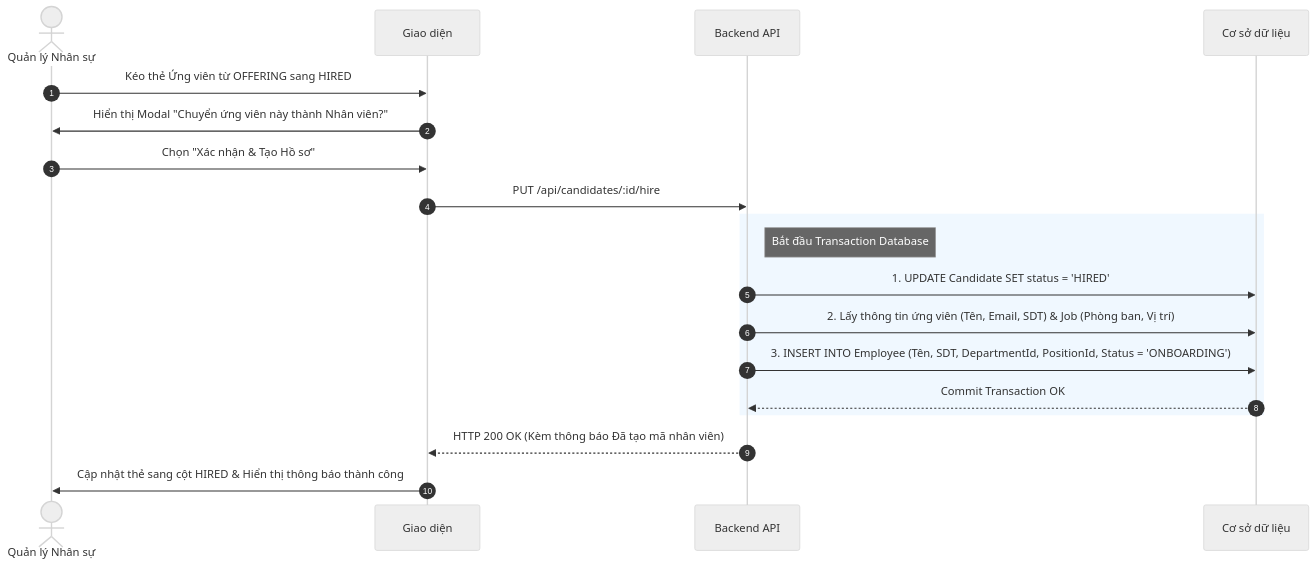
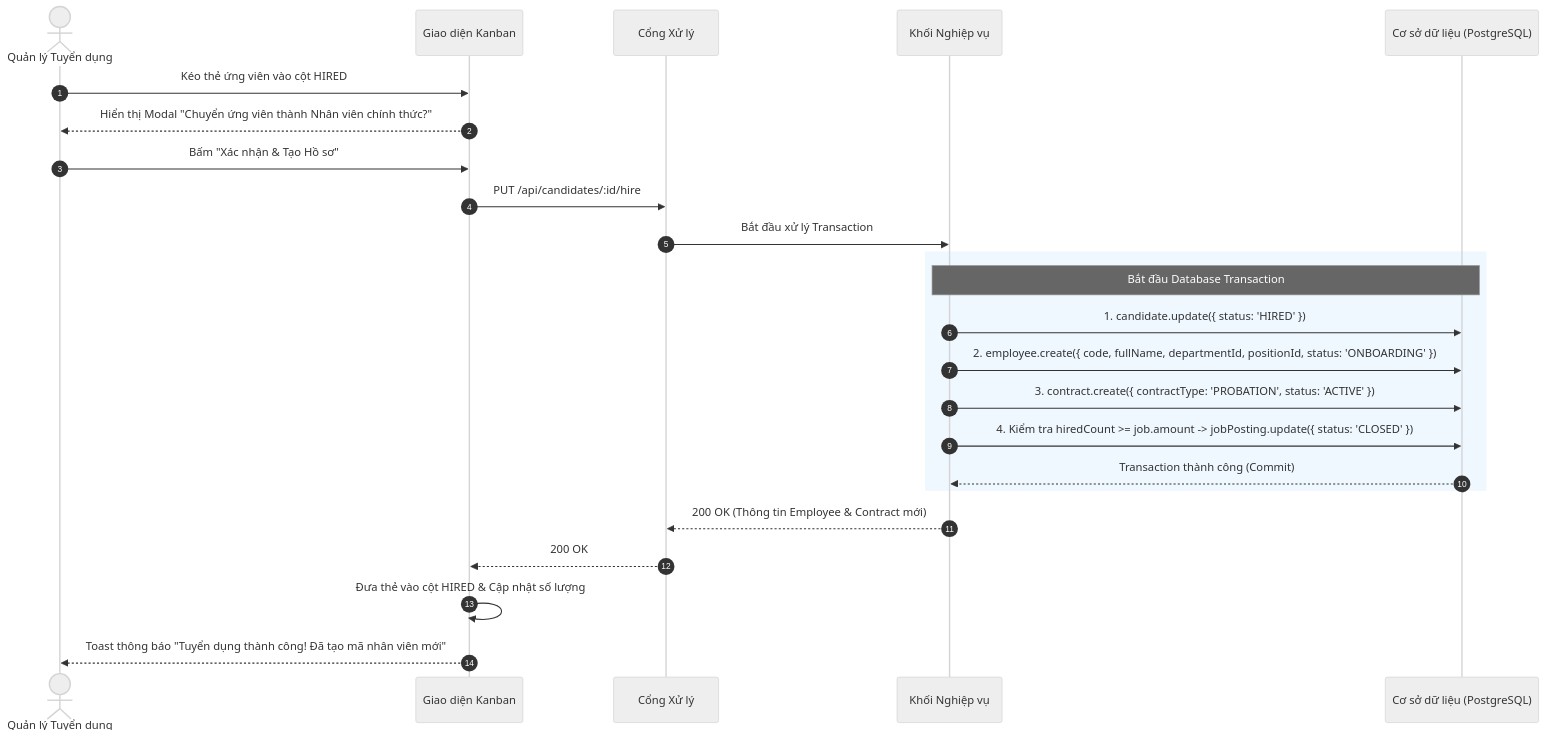
One commit to aye2710/HRM-DATN changed the seventh of 7 diagrams in docs/Tài liệu phân tích nghiệp vụ từng module/Module Tuyển dụng/Chuc-nang-Quan-ly-ATS.md. Above: the diagram before and after it, drawn with Mermaid (neutral theme). The commit also changed other lines of this file and 27 other files, not shown here.

````diff
--- a/docs/Tài liệu phân tích nghiệp vụ từng module/Module Tuyển dụng/Chuc-nang-Quan-ly-ATS.md
+++ b/docs/Tài liệu phân tích nghiệp vụ từng module/Module Tuyển dụng/Chuc-nang-Quan-ly-ATS.md
@@ -67,25 +268,30 @@
 ```mermaid
 sequenceDiagram
     autonumber
-    actor HR as Quản lý Nhân sự
-    participant FE as Giao diện
-    participant BE as Backend API
-    participant DB as Cơ sở dữ liệu
+    actor HR as Quản lý Tuyển dụng
+    participant FE as Giao diện Kanban
+    participant API as Cổng Xử lý
+    participant BE as Khối Nghiệp vụ
+    participant DB as Cơ sở dữ liệu (PostgreSQL)
 
-    HR->>FE: Kéo thẻ Ứng viên từ OFFERING sang HIRED
-    FE->>HR: Hiển thị Modal "Chuyển ứng viên này thành Nhân viên?"
-    HR->>FE: Chọn "Xác nhận & Tạo Hồ sơ"
+    HR->>FE: Kéo thẻ ứng viên vào cột HIRED
+    FE-->>HR: Hiển thị Modal "Chuyển ứng viên thành Nhân viên chính thức?"
+    HR->>FE: Bấm "Xác nhận & Tạo Hồ sơ"
     
-    FE->>BE: PUT /api/candidates/:id/hire
+    FE->>API: PUT /api/candidates/:id/hire
+    API->>BE: Bắt đầu xử lý Transaction
     
     rect rgb(240, 248, 255)
-        note right of BE: Bắt đầu Transaction Database
-        BE->>DB: 1. UPDATE Candidate SET status = 'HIRED'
-        BE->>DB: 2. Lấy thông tin ứng viên (Tên, Email, SDT) & Job (Phòng ban, Vị trí)
-        BE->>DB: 3. INSERT INTO Employee (Tên, SDT, DepartmentId, PositionId, Status = 'ONBOARDING')
-        DB-->>BE: Commit Transaction OK
+        note over BE, DB: Bắt đầu Database Transaction
+        BE->>DB: 1. candidate.update({ status: 'HIRED' })
+        BE->>DB: 2. employee.create({ code, fullName, departmentId, positionId, status: 'ONBOARDING' })
+        BE->>DB: 3. contract.create({ contractType: 'PROBATION', status: 'ACTIVE' })
+        BE->>DB: 4. Kiểm tra hiredCount >= job.amount -> jobPosting.update({ status: 'CLOSED' })
+        DB-->>BE: Transaction thành công (Commit)
     end
     
-    BE-->>FE: HTTP 200 OK (Kèm thông báo Đã tạo mã nhân viên)
-    FE->>HR: Cập nhật thẻ sang cột HIRED & Hiển thị thông báo thành công
+    BE-->>API: 200 OK (Thông tin Employee & Contract mới)
+    API-->>FE: 200 OK
+    FE->>FE: Đưa thẻ vào cột HIRED & Cập nhật số lượng
+    FE-->>HR: Toast thông báo "Tuyển dụng thành công! Đã tạo mã nhân viên mới"
 ```
````
